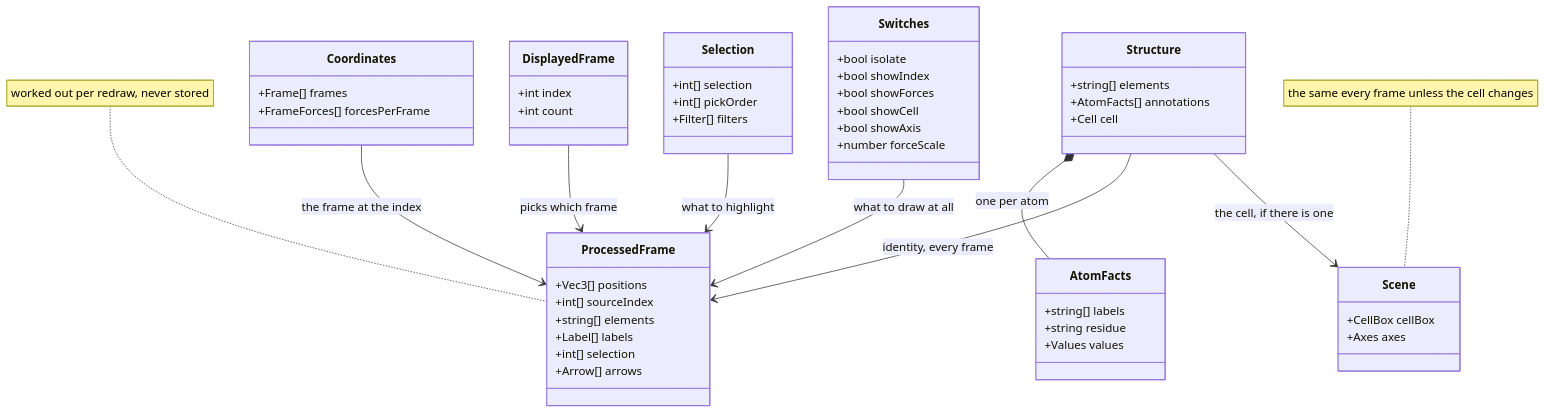
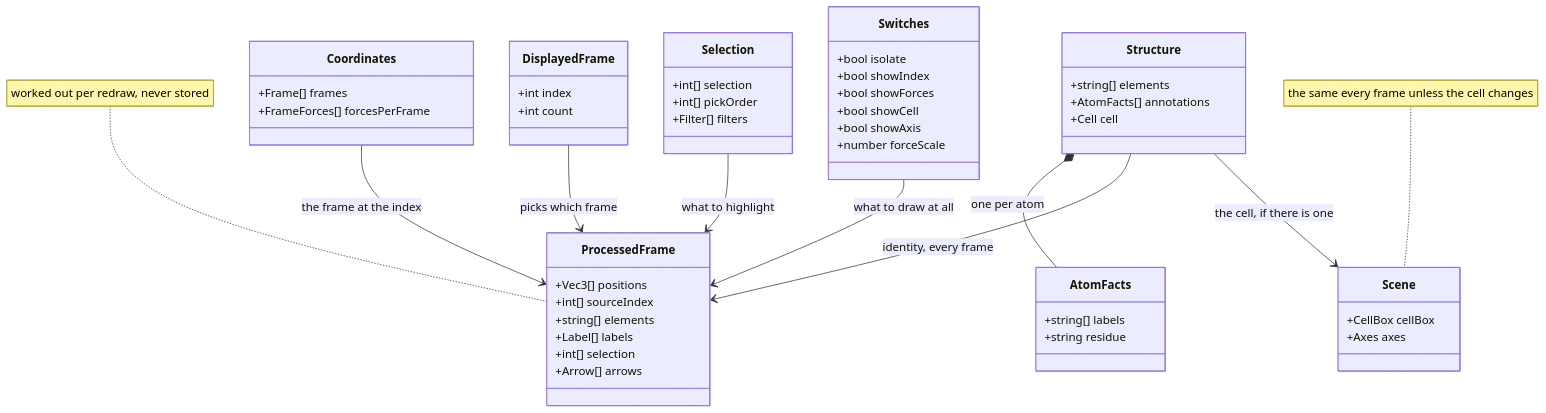
The second of 5 diagrams in docs/web/molview.md (Qing-LAB/molbuilder), drawn with Mermaid before and after one commit. The commit also changed other lines of this file, not shown here.

````diff
--- a/docs/web/molview.md
+++ b/docs/web/molview.md
@@ -364,55 +364,54 @@
 ```mermaid
 classDiagram
     class Structure {
       +string[] elements
       +AtomFacts[] annotations
       +Cell cell
     }
     class AtomFacts {
       +string[] labels
       +string residue
-      +Values values
     }
     class Coordinates {
       +Frame[] frames
       +FrameForces[] forcesPerFrame
     }
     class DisplayedFrame {
       +int index
       +int count
     }
     class Selection {
       +int[] selection
       +int[] pickOrder
       +Filter[] filters
     }
     class Switches {
       +bool isolate
       +bool showIndex
       +bool showForces
       +bool showCell
       +bool showAxis
       +number forceScale
     }
     class ProcessedFrame {
       +Vec3[] positions
       +int[] sourceIndex
       +string[] elements
       +Label[] labels
       +int[] selection
       +Arrow[] arrows
     }
     class Scene {
       +CellBox cellBox
       +Axes axes
     }
     Structure *-- AtomFacts : one per atom
     Structure --> ProcessedFrame : identity, every frame
     Coordinates --> ProcessedFrame : the frame at the index
     DisplayedFrame --> ProcessedFrame : picks which frame
     Selection --> ProcessedFrame : what to highlight
     Switches --> ProcessedFrame : what to draw at all
     Structure --> Scene : the cell, if there is one
     note for ProcessedFrame "worked out per redraw, never stored"
     note for Scene "the same every frame unless the cell changes"
 ```
````
